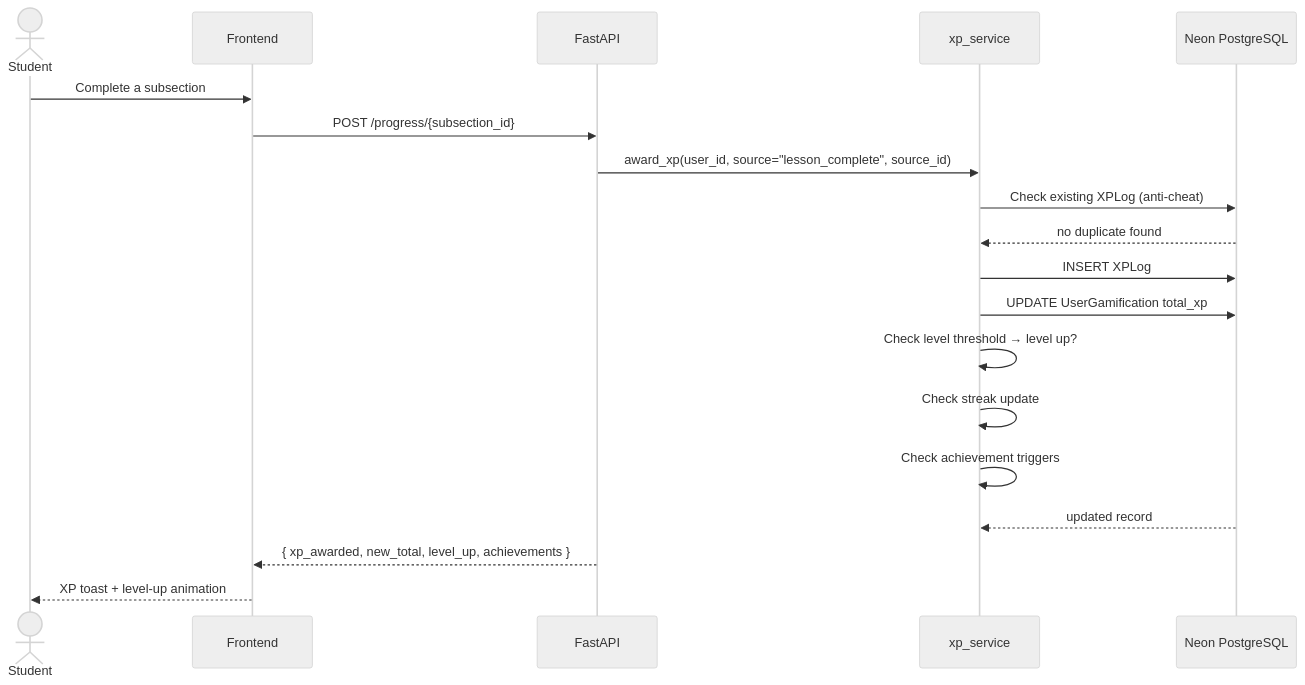
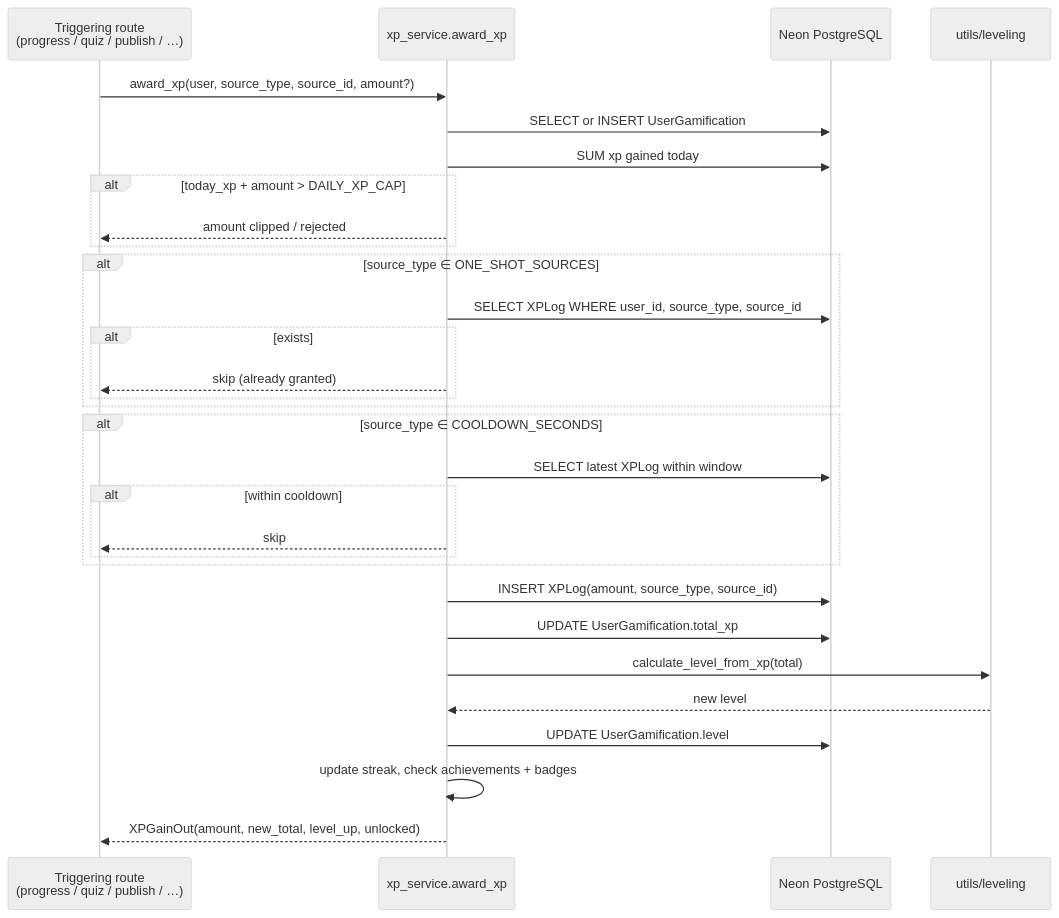
One commit to yazidha09/Hub4Learners changed the third of 4 diagrams in docs/sprints/SPRINT_4.md. Above: the diagram before and after it, drawn with Mermaid (neutral theme). The commit also changed other lines of this file and 5 other files, not shown here.

````diff
--- a/docs/sprints/SPRINT_4.md
+++ b/docs/sprints/SPRINT_4.md
@@ -108,22 +153,33 @@
 ```mermaid
 sequenceDiagram
-    actor Student
-    participant Frontend
-    participant FastAPI
-    participant xp_service
-    participant Neon PostgreSQL
+    participant Caller as Triggering route<br/>(progress / quiz / publish / …)
+    participant XP as xp_service.award_xp
+    participant DB as Neon PostgreSQL
+    participant Leveling as utils/leveling
 
-    Student->>Frontend: Complete a subsection
-    Frontend->>FastAPI: POST /progress/{subsection_id}
-    FastAPI->>xp_service: award_xp(user_id, source="lesson_complete", source_id)
-    xp_service->>Neon PostgreSQL: Check existing XPLog (anti-cheat)
-    Neon PostgreSQL-->>xp_service: no duplicate found
-    xp_service->>Neon PostgreSQL: INSERT XPLog
-    xp_service->>Neon PostgreSQL: UPDATE UserGamification total_xp
-    xp_service->>xp_service: Check level threshold → level up?
-    xp_service->>xp_service: Check streak update
-    xp_service->>xp_service: Check achievement triggers
-    Neon PostgreSQL-->>xp_service: updated record
-    FastAPI-->>Frontend: { xp_awarded, new_total, level_up, achievements }
-    Frontend-->>Student: XP toast + level-up animation
+    Caller->>XP: award_xp(user, source_type, source_id, amount?)
+    XP->>DB: SELECT or INSERT UserGamification
+    XP->>DB: SUM xp gained today
+    alt today_xp + amount > DAILY_XP_CAP
+        XP-->>Caller: amount clipped / rejected
+    end
+    alt source_type ∈ ONE_SHOT_SOURCES
+        XP->>DB: SELECT XPLog WHERE user_id, source_type, source_id
+        alt exists
+            XP-->>Caller: skip (already granted)
+        end
+    end
+    alt source_type ∈ COOLDOWN_SECONDS
+        XP->>DB: SELECT latest XPLog within window
+        alt within cooldown
+            XP-->>Caller: skip
+        end
+    end
+    XP->>DB: INSERT XPLog(amount, source_type, source_id)
+    XP->>DB: UPDATE UserGamification.total_xp
+    XP->>Leveling: calculate_level_from_xp(total)
+    Leveling-->>XP: new level
+    XP->>DB: UPDATE UserGamification.level
+    XP->>XP: update streak, check achievements + badges
+    XP-->>Caller: XPGainOut(amount, new_total, level_up, unlocked)
 ```
````
